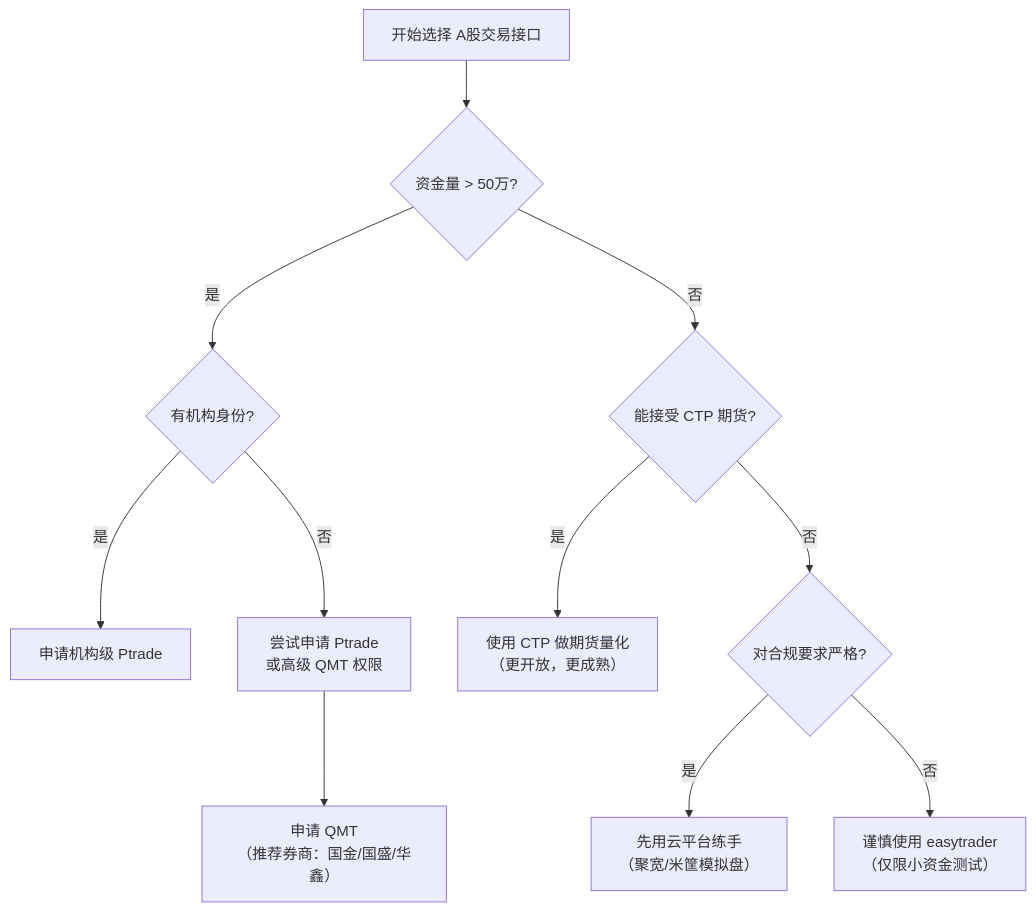
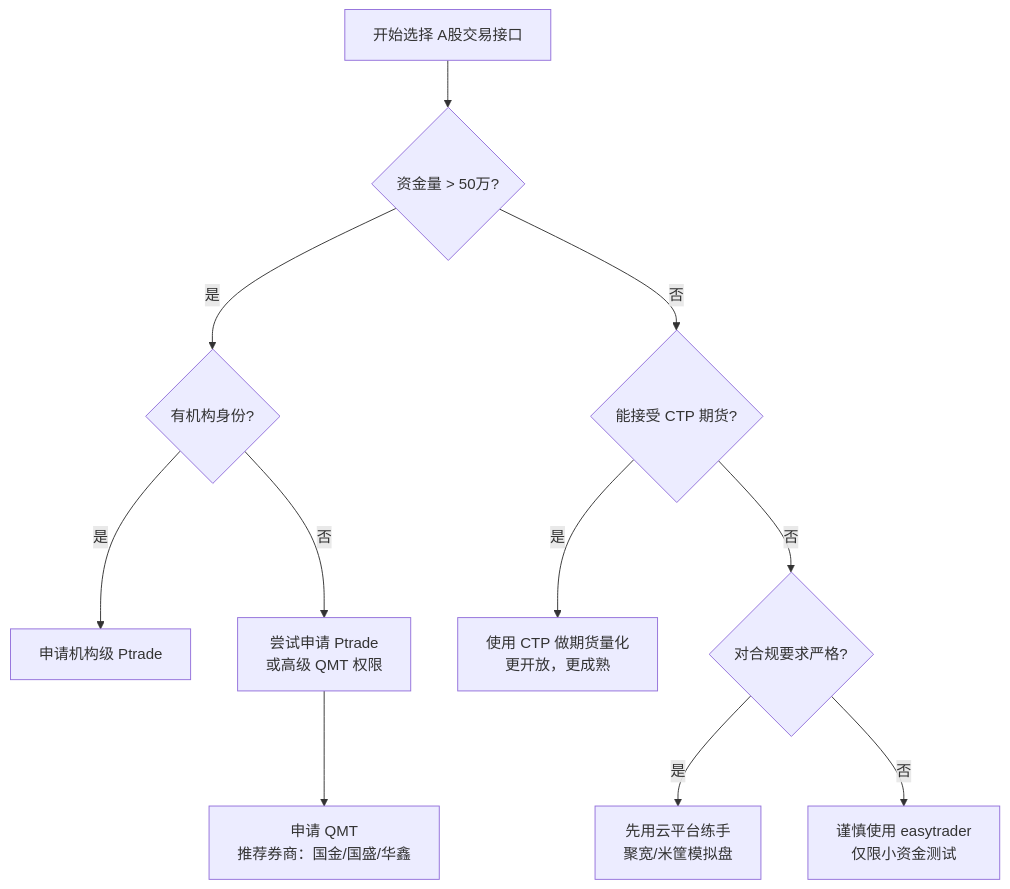
Before and after one commit to jpixy/jpixy.github.io: the first of 2 diagrams in content/articles/quant/quant-24-A股程序化交易接口QMT与Ptrade.md, drawn with Mermaid. The commit also changed 66 other files, not shown here.

Commit message:
fix: resolve Mermaid syntax errors by removing parentheses in node labels

````diff
--- a/content/articles/quant/quant-24-A股程序化交易接口QMT与Ptrade.md
+++ b/content/articles/quant/quant-24-A股程序化交易接口QMT与Ptrade.md
@@ -714,31 +714,31 @@
 ```mermaid
 flowchart TD
     START["开始选择 A股交易接口"]
     
     Q1{"资金量 > 50万?"}
     Q2{"能接受 CTP 期货?"}
     Q3{"有机构身份?"}
     Q4{"对合规要求严格?"}
     
-    A1["申请 QMT<br/>（推荐券商：国金/国盛/华鑫）"]
+    A1["申请 QMT<br/>推荐券商：国金/国盛/华鑫"]
     A2["尝试申请 Ptrade<br/>或高级 QMT 权限"]
-    A3["使用 CTP 做期货量化<br/>（更开放，更成熟）"]
-    A4["先用云平台练手<br/>（聚宽/米筐模拟盘）"]
+    A3["使用 CTP 做期货量化<br/>更开放，更成熟"]
+    A4["先用云平台练手<br/>聚宽/米筐模拟盘"]
     A5["申请机构级 Ptrade"]
-    A6["谨慎使用 easytrader<br/>（仅限小资金测试）"]
+    A6["谨慎使用 easytrader<br/>仅限小资金测试"]
     
     START --> Q1
     Q1 -->|是| Q3
     Q1 -->|否| Q2
     
     Q3 -->|是| A5
     Q3 -->|否| A2
     
     Q2 -->|是| A3
     Q2 -->|否| Q4
     
     Q4 -->|是| A4
     Q4 -->|否| A6
     
     A2 --> A1
 ```
````
